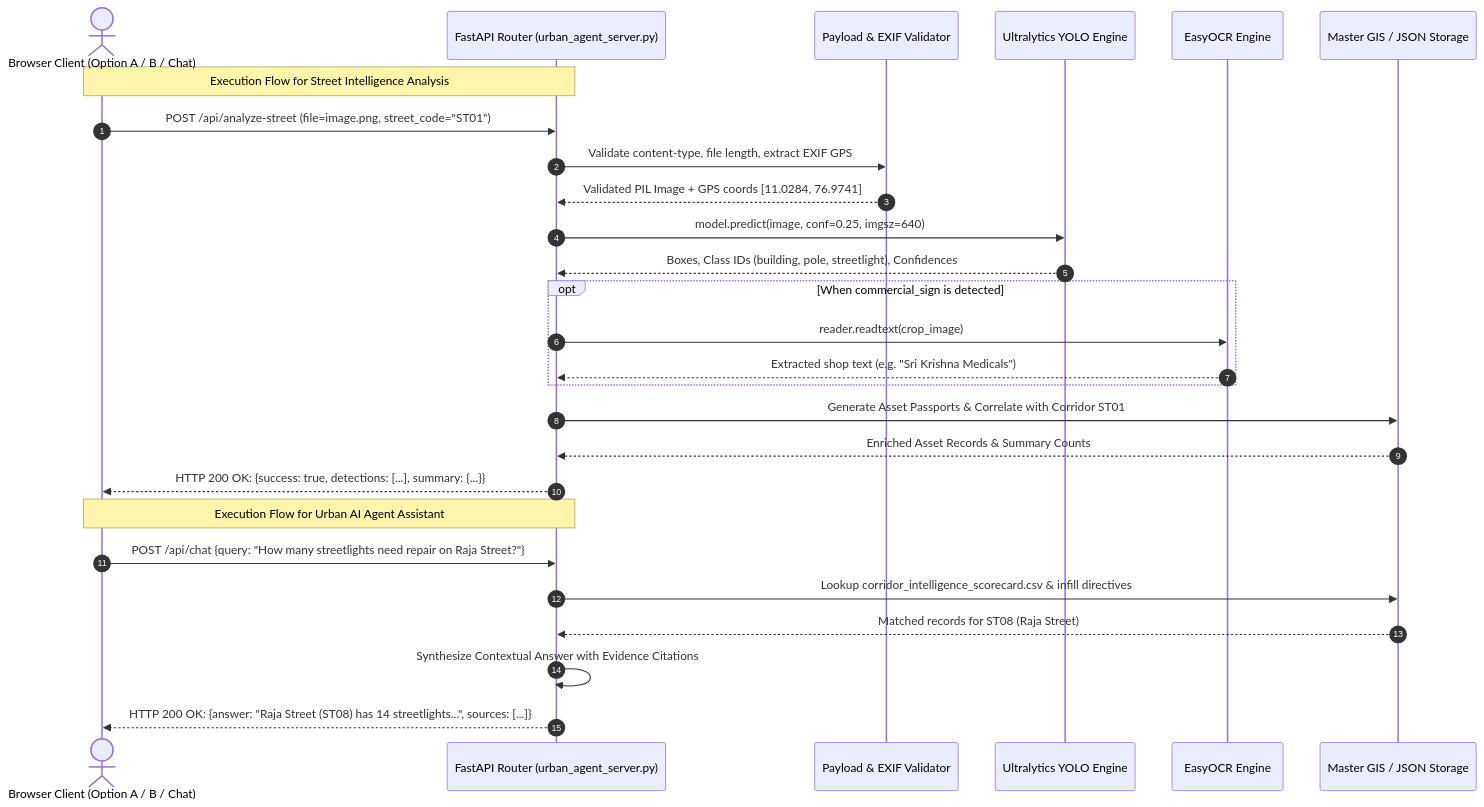
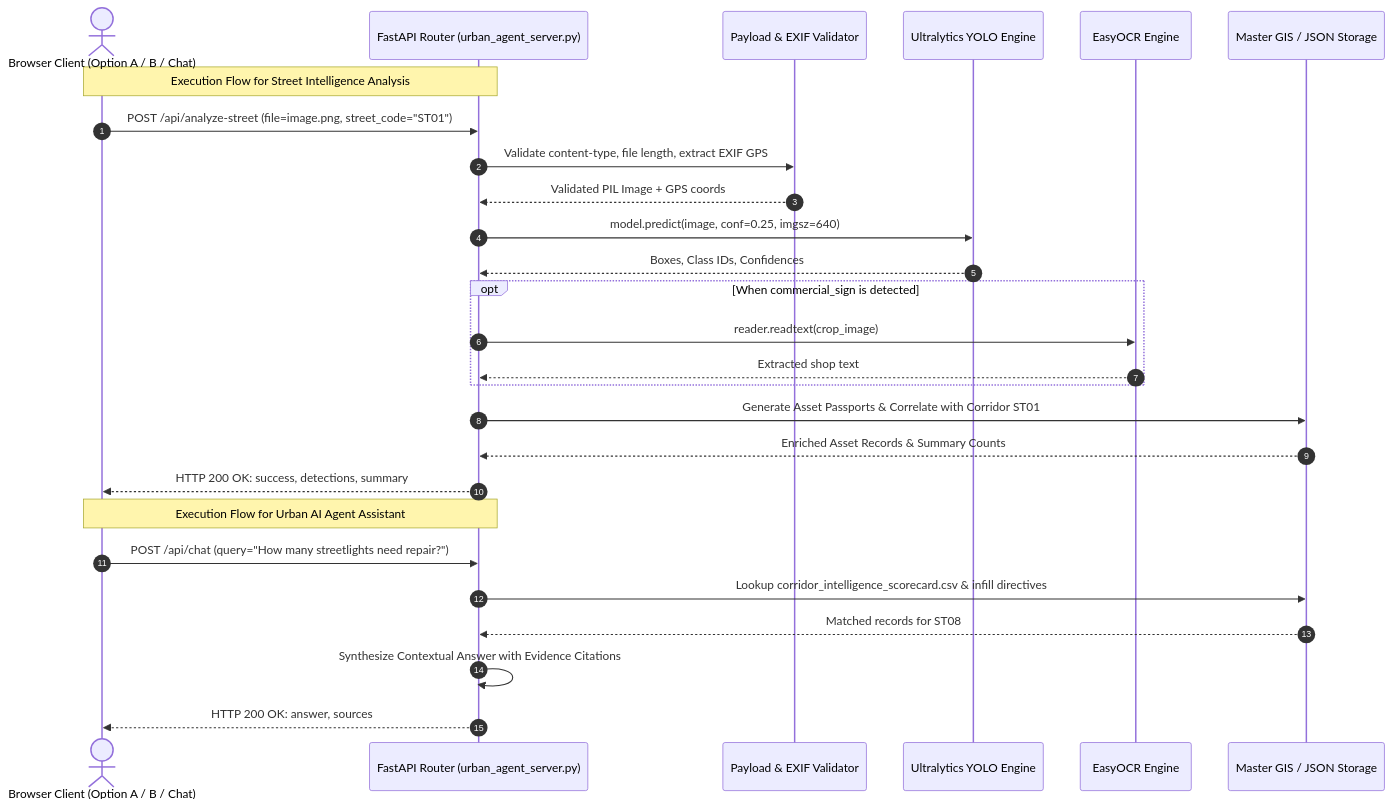
Before and after one commit to Vaigunth27-cloud/farm-ai: the diagram in project_documentation/diagrams/09_api_flow.mmd, drawn with Mermaid. The commit also changed 25 other files, not shown here.

Commit message:
feat: render all 12 mermaid diagrams to high-res viewable PNG flowcharts and add visual gallery

```diff
--- a/project_documentation/diagrams/09_api_flow.mmd
+++ b/project_documentation/diagrams/09_api_flow.mmd
@@ -1,32 +1,32 @@
 sequenceDiagram
     autonumber
     actor Client as Browser Client (Option A / B / Chat)
     participant FastAPI as FastAPI Router (urban_agent_server.py)
     participant Validator as Payload & EXIF Validator
     participant YOLO as Ultralytics YOLO Engine
     participant OCR as EasyOCR Engine
     participant Store as Master GIS / JSON Storage
 
     Note over Client,FastAPI: Execution Flow for Street Intelligence Analysis
     Client->>FastAPI: POST /api/analyze-street (file=image.png, street_code="ST01")
     FastAPI->>Validator: Validate content-type, file length, extract EXIF GPS
-    Validator-->>FastAPI: Validated PIL Image + GPS coords [11.0284, 76.9741]
+    Validator-->>FastAPI: Validated PIL Image + GPS coords
     
     FastAPI->>YOLO: model.predict(image, conf=0.25, imgsz=640)
-    YOLO-->>FastAPI: Boxes, Class IDs (building, pole, streetlight), Confidences
+    YOLO-->>FastAPI: Boxes, Class IDs, Confidences
     
     opt When commercial_sign is detected
         FastAPI->>OCR: reader.readtext(crop_image)
-        OCR-->>FastAPI: Extracted shop text (e.g. "Sri Krishna Medicals")
+        OCR-->>FastAPI: Extracted shop text
     end
     
     FastAPI->>Store: Generate Asset Passports & Correlate with Corridor ST01
     Store-->>FastAPI: Enriched Asset Records & Summary Counts
-    FastAPI-->>Client: HTTP 200 OK: {success: true, detections: [...], summary: {...}}
+    FastAPI-->>Client: HTTP 200 OK: success, detections, summary
 
     Note over Client,FastAPI: Execution Flow for Urban AI Agent Assistant
-    Client->>FastAPI: POST /api/chat {query: "How many streetlights need repair on Raja Street?"}
+    Client->>FastAPI: POST /api/chat (query="How many streetlights need repair?")
     FastAPI->>Store: Lookup corridor_intelligence_scorecard.csv & infill directives
-    Store-->>FastAPI: Matched records for ST08 (Raja Street)
+    Store-->>FastAPI: Matched records for ST08
     FastAPI->>FastAPI: Synthesize Contextual Answer with Evidence Citations
-    FastAPI-->>Client: HTTP 200 OK: {answer: "Raja Street (ST08) has 14 streetlights...", sources: [...]}
+    FastAPI-->>Client: HTTP 200 OK: answer, sources
```
